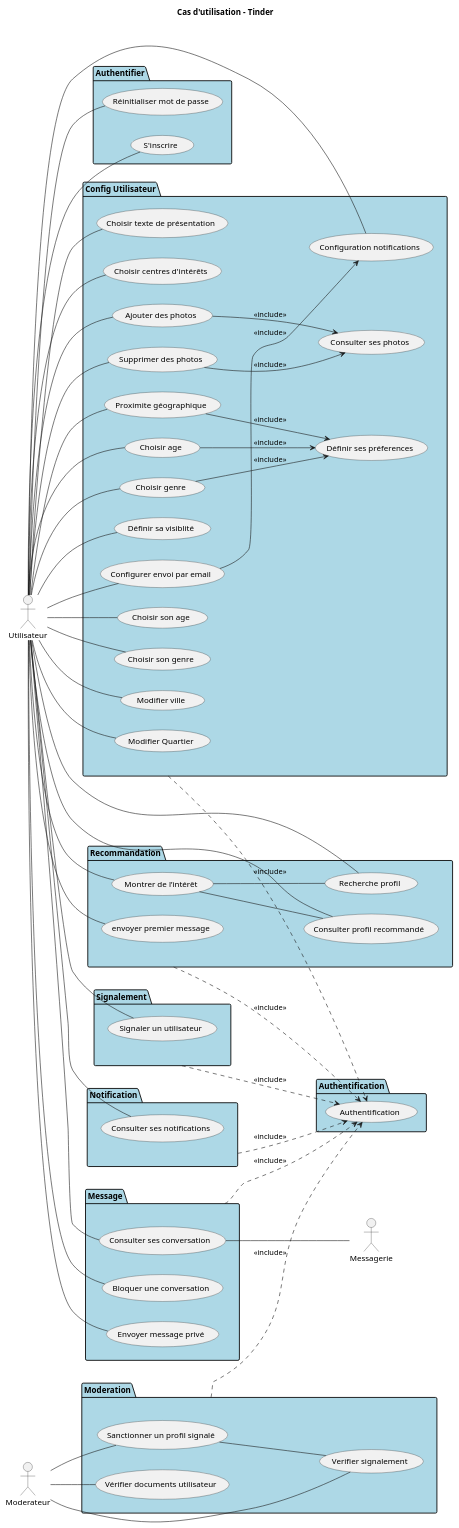
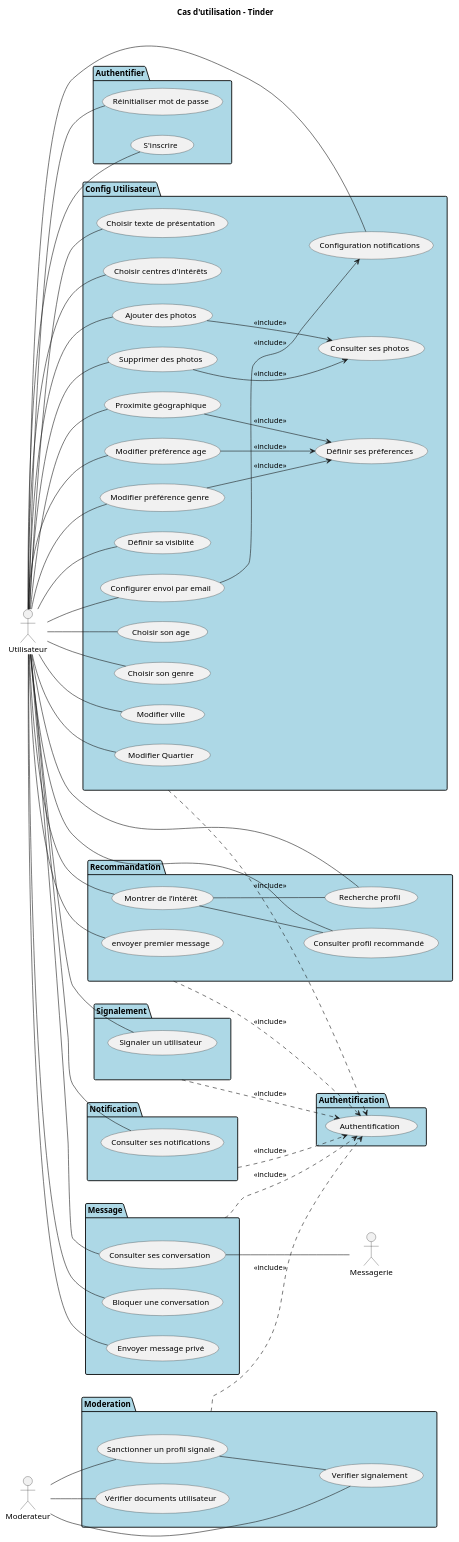
The diagram in src/Projet_Tinder_Cas_Utilisation.puml (MinaroliCorentin/PSO), drawn with PlantUML before and after one commit. The commit also changed 2 other files, not shown here.

```diff
--- a/src/Projet_Tinder_Cas_Utilisation.puml
+++ b/src/Projet_Tinder_Cas_Utilisation.puml
@@ -1,143 +1,141 @@
 @startuml
 
 left to right direction
 title Cas d'utilisation - Tinder
 
 actor Utilisateur
 actor Messagerie
 actor Moderateur
 
 package "Authentification" #LightBlue {
 
     usecase "Authentification" as auth
 
 }
 
 package "Moderation" #LightBlue {
 
     usecase "Sanctionner un profil signalé" as mod_bloquer
     usecase "Vérifier documents utilisateur" as mod_verif_docs
     usecase "Verifier signalement" as mod_verif_signal
 
     Moderateur -- mod_bloquer
     Moderateur -- mod_verif_docs
     Moderateur -- mod_verif_signal
 
     mod_bloquer -- mod_verif_signal
 
 }
 
 package "Signalement" #LightBlue {
 
     usecase "Signaler un utilisateur" as signal_user
 
     Utilisateur -- signal_user
 
 }
 
 package "Message" #LightBlue {
 
     usecase "Envoyer message privé" as mess_envoyer
     usecase "Consulter ses conversation " as mess_consulter
     usecase "Bloquer une conversation" as mess_bloquer_conv
 
     Utilisateur -- mess_bloquer_conv
     Utilisateur -- mess_consulter
     Utilisateur -- mess_envoyer
 
     mess_consulter -- Messagerie
 
 }
 
 package "Notification" #LightBlue {
 
     usecase "Consulter ses notifications" as notif_consult
 
     Utilisateur -- notif_consult
 
-
 }
 
 package "Config Utilisateur" #LightBlue {
 
     usecase "Modifier ville" as modif_Ville
     usecase "Modifier Quartier" as modif_Quartier
     usecase "Choisir texte de présentation" as modif_Texte_Presentation
     usecase "Choisir centres d'intérêts" as modif_Centre_Interets
     usecase "Consulter ses photos" as modif_Consultation
     usecase "Ajouter des photos" as modif_Ajouter_Photos
     usecase "Supprimer des photos" as modif_Supprimer_Photos
     usecase "Définir ses préferences" as modif_pref
     usecase "Proximite géographique" as modif_proximite
-    usecase "Choisir age" as modif_age
-    usecase "Choisir genre" as modif_genre
+    usecase "Modifier préférence age" as modif_age
+    usecase "Modifier préférence genre " as modif_genre
     usecase "Définir sa visiblité" as modif_critere_visibilite_autres
     usecase "Configuration notifications" as modif_notif
     usecase "Configurer envoi par email" as modif_email
     usecase "Choisir son age" as modif_son_age
     usecase "Choisir son genre" as modif_son_genre
 
     modif_proximite --> modif_pref : <<include>>
 
     modif_genre --> modif_pref : <<include>>
 
     modif_age --> modif_pref : <<include>>
 
     Utilisateur -- modif_email
 
     modif_email --> modif_notif : <<include>>
     Utilisateur -- modif_Ville
     Utilisateur -- modif_Quartier
     Utilisateur -- modif_Texte_Presentation
     Utilisateur -- modif_Centre_Interets
     Utilisateur -- modif_Supprimer_Photos
     Utilisateur -- modif_Ajouter_Photos
     Utilisateur -- modif_genre
     Utilisateur -- modif_age
     Utilisateur -- modif_proximite
     Utilisateur -- modif_critere_visibilite_autres
     Utilisateur -- modif_notif
     Utilisateur -- modif_son_age
     Utilisateur -- modif_son_genre
-
 
     modif_Supprimer_Photos --> modif_Consultation : <<include>>
 
     modif_Ajouter_Photos --> modif_Consultation : <<include>>
 
 }
 
 package "Recommandation" #LightBlue {
 
     usecase "Consulter profil recommandé " as reco_consultation
     usecase "Recherche profil" as reco_recherche
     usecase "Montrer de l’intérêt" as reco_interet
     usecase "envoyer premier message" as reco_message
 
     Utilisateur -- reco_message
     Utilisateur -- reco_consultation
     Utilisateur -- reco_interet
     Utilisateur -- reco_recherche
     reco_interet -- reco_recherche
     reco_interet -- reco_consultation
 
 }
 
 package "Authentifier" #LightBlue {
 
     usecase "S'inscrire" as auth_inscription
     usecase "Réinitialiser mot de passe" as auth_reset_mdp
 
     Utilisateur -- auth_inscription
     Utilisateur -- auth_reset_mdp
 
 }
 
 "Recommandation" ..> auth : <<include>>
 "Config Utilisateur"  ..> auth : <<include>>
 "Notification" ..> auth : <<include>>
 "Message" ..> auth : <<include>>
 "Signalement" ..> auth : <<include>>
 "Moderation" ..> auth : <<include>>
 
 @enduml
```
